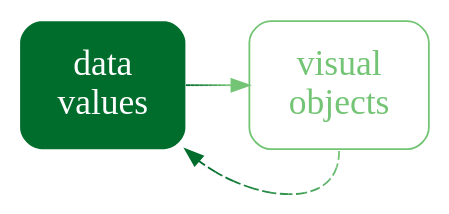
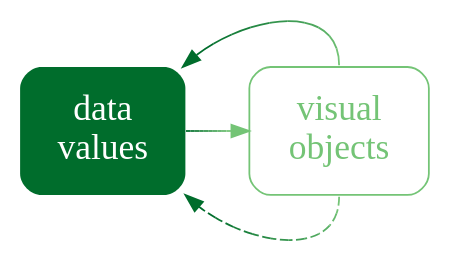
One commit to pmur002/hdvw changed the diagram in Diagrams/data-obj-decode.dot. Above: the diagram before and after it, drawn with Graphviz. The commit also changed 241 other files, not shown here.

Commit message:
added more Diagrams for Visual Objects

```diff
--- a/Diagrams/data-obj-decode.dot
+++ b/Diagrams/data-obj-decode.dot
@@ -1,9 +1,10 @@
 digraph {
   graph [ rankdir=LR; margin=.2; nodesep=.5 ];
   node [ fontsize=20; fontname="sans bold"; margin=.2 ];
   data [ label="data\nvalues"; shape=box; style="filled, rounded"; penwidth=0; fontcolor=white; fillcolor="#006D2C" ]
   obj [ label="visual\nobjects"; shape=box;
      style="rounded"; color="#74C476"; fontcolor="#74C476" ]
   data -> obj [ style="bold"; penwidth=1; color="#006D2C;0.1:#0D7734;0.1:#1A803C;0.1:#278A45;0.1:#34944D;0.1:#409D55;0.1:#4DA75D;0.1:#5AB166;0.1:#67BA6E;0.1:#74C476;0.1" ]
   obj:s -> data:se [ style="dashed", color="#74C476;0.1:#67BA6E;0.1:#5AB166;0.1:#4DA75D;0.1:#409D55;0.1:#34944D;0.1:#278A45;0.1:#1A803C;0.1:#0D7734;0.1:#006D2C;0.1" ]
+  obj:n -> data:ne [ style="solid", color="#74C476;0.1:#67BA6E;0.1:#5AB166;0.1:#4DA75D;0.1:#409D55;0.1:#34944D;0.1:#278A45;0.1:#1A803C;0.1:#0D7734;0.1:#006D2C;0.1" ]
 }
```
